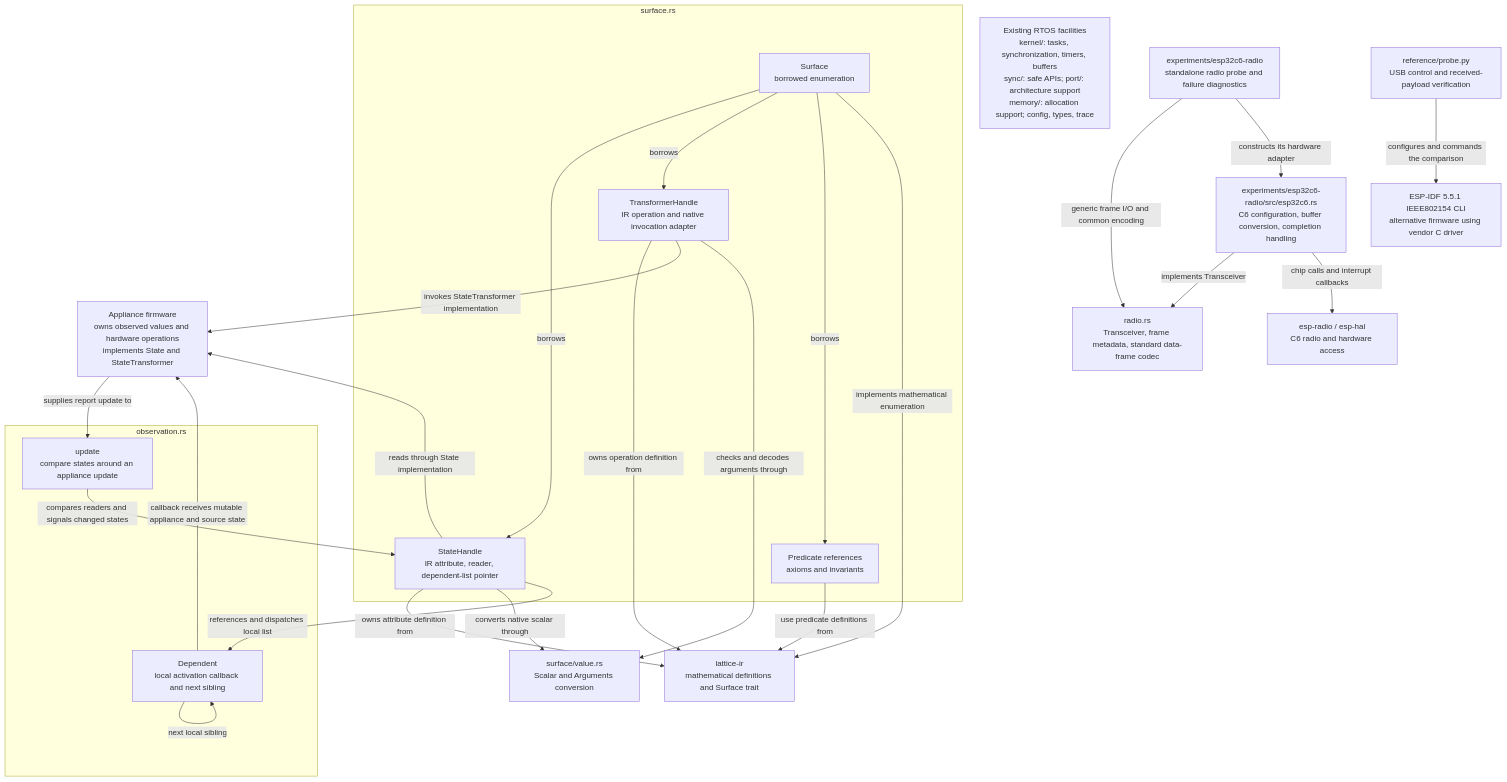
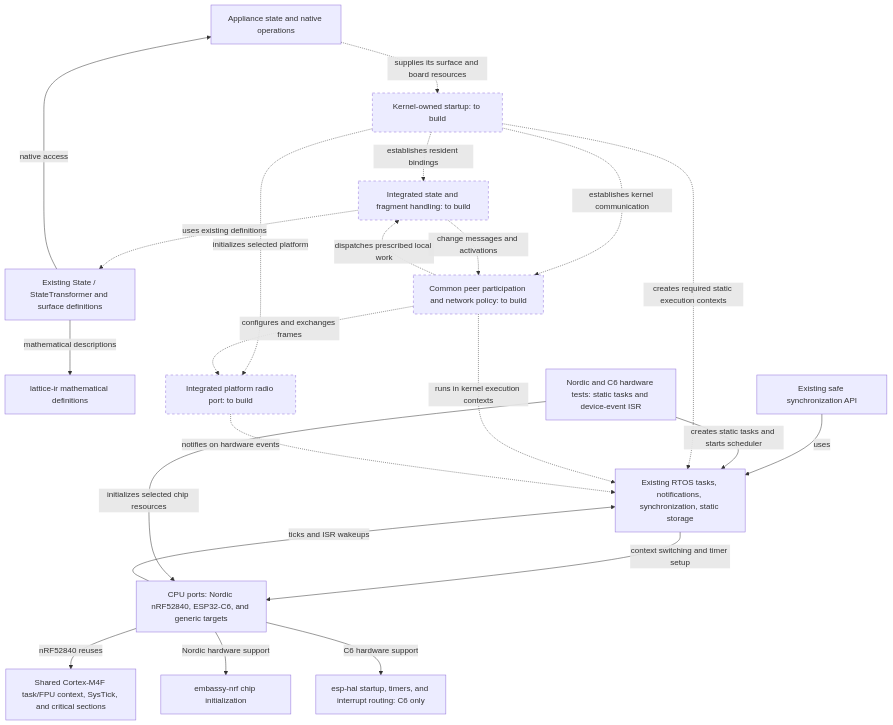
The diagram in docs/KERNEL_DIRECTION.md (zacharytomlinson/lattice-vertex), drawn with Mermaid before and after one commit. The commit also changed other lines of this file and 26 other files, not shown here.

Commit message:
nrf and esp ports for freertos core

````diff
--- a/docs/KERNEL_DIRECTION.md
+++ b/docs/KERNEL_DIRECTION.md
@@ -132,49 +245,42 @@
 ```mermaid
 flowchart TB
-    appliance["Appliance firmware<br/>owns observed values and hardware operations<br/>implements State and StateTransformer"]
-    ir["lattice-ir<br/>mathematical definitions and Surface trait"]
+    appliance["Appliance state and native operations"]
+    surface["Existing State / StateTransformer and surface definitions"]
+    ir["lattice-ir mathematical definitions"]
+    startup["Kernel-owned startup: to build"]
+    state["Integrated state and fragment handling: to build"]
+    peers["Common peer participation and network policy: to build"]
+    radio["Integrated platform radio port: to build"]
+    tasks["Existing RTOS tasks, notifications, synchronization, static storage"]
+    cpu["CPU ports: Nordic nRF52840, ESP32-C6, and generic targets"]
+    cortex["Shared Cortex-M4F task/FPU context, SysTick, and critical sections"]
+    nordic["embassy-nrf chip initialization"]
+    hal["esp-hal startup, timers, and interrupt routing: C6 only"]
+    smoke["Nordic and C6 hardware tests: static tasks and device-event ISR"]
+    sync["Existing safe synchronization API"]
 
-    subgraph surface_module["surface.rs"]
-        enumeration["Surface<br/>borrowed enumeration"]
-        state["StateHandle<br/>IR attribute, reader, dependent-list pointer"]
-        transformer["TransformerHandle<br/>IR operation and native invocation adapter"]
-        predicates["Predicate references<br/>axioms and invariants"]
-    end
+    surface -->|native access| appliance
+    surface -->|mathematical descriptions| ir
+    sync -->|uses| tasks
+    tasks -->|context switching and timer setup| cpu
+    cpu -->|ticks and ISR wakeups| tasks
+    cpu -->|nRF52840 reuses| cortex
+    cpu -->|Nordic hardware support| nordic
+    cpu -->|C6 hardware support| hal
+    smoke -->|initializes selected chip resources| cpu
+    smoke -->|creates static tasks and starts scheduler| tasks
+    appliance -.->|supplies its surface and board resources| startup
+    startup -.->|establishes resident bindings| state
+    startup -.->|establishes kernel communication| peers
+    startup -.->|creates required static execution contexts| tasks
+    startup -.->|initializes selected platform| radio
+    state -.->|uses existing definitions| surface
+    state -.->|change messages and activations| peers
+    peers -.->|dispatches prescribed local work| state
+    peers -.->|runs in kernel execution contexts| tasks
+    peers -.->|configures and exchanges frames| radio
+    radio -.->|notifies on hardware events| tasks
 
-    values["surface/value.rs<br/>Scalar and Arguments conversion"]
-
-    subgraph observation_module["observation.rs"]
-        update["update<br/>compare states around an appliance update"]
-        dependent["Dependent<br/>local activation callback and next sibling"]
-    end
-
-    rtos["Existing RTOS facilities<br/>kernel/: tasks, synchronization, timers, buffers<br/>sync/: safe APIs; port/: architecture support<br/>memory/: allocation support; config, types, trace"]
-    probe["experiments/esp32c6-radio<br/>standalone radio probe and failure diagnostics"]
-    radio_interface["radio.rs<br/>Transceiver, frame metadata, standard data-frame codec"]
-    c6_adapter["experiments/esp32c6-radio/src/esp32c6.rs<br/>C6 configuration, buffer conversion, completion handling"]
-    radio_driver["esp-radio / esp-hal<br/>C6 radio and hardware access"]
-    reference_host["reference/probe.py<br/>USB control and received-payload verification"]
-    reference_firmware["ESP-IDF 5.5.1 IEEE802154 CLI<br/>alternative firmware using vendor C driver"]
-
-    probe -->|generic frame I/O and common encoding| radio_interface
-    probe -->|constructs its hardware adapter| c6_adapter
-    c6_adapter -->|implements Transceiver| radio_interface
-    c6_adapter -->|chip calls and interrupt callbacks| radio_driver
-    reference_host -->|configures and commands the comparison| reference_firmware
-    enumeration -->|borrows| state
-    enumeration -->|borrows| transformer
-    enumeration -->|borrows| predicates
-    enumeration -->|implements mathematical enumeration| ir
-    state -->|owns attribute definition from| ir
-    transformer -->|owns operation definition from| ir
-    predicates -->|use predicate definitions from| ir
-    state -->|reads through State implementation| appliance
-    transformer -->|invokes StateTransformer implementation| appliance
-    state -->|converts native scalar through| values
-    transformer -->|checks and decodes arguments through| values
-    appliance -->|supplies report update to| update
-    update -->|compares readers and signals changed states| state
-    state -->|references and dispatches local list| dependent
-    dependent -->|next local sibling| dependent
-    dependent -->|callback receives mutable appliance and source state| appliance
+    classDef planned stroke-dasharray: 5 5;
+    class startup,state,peers,radio planned;
 ```
````
